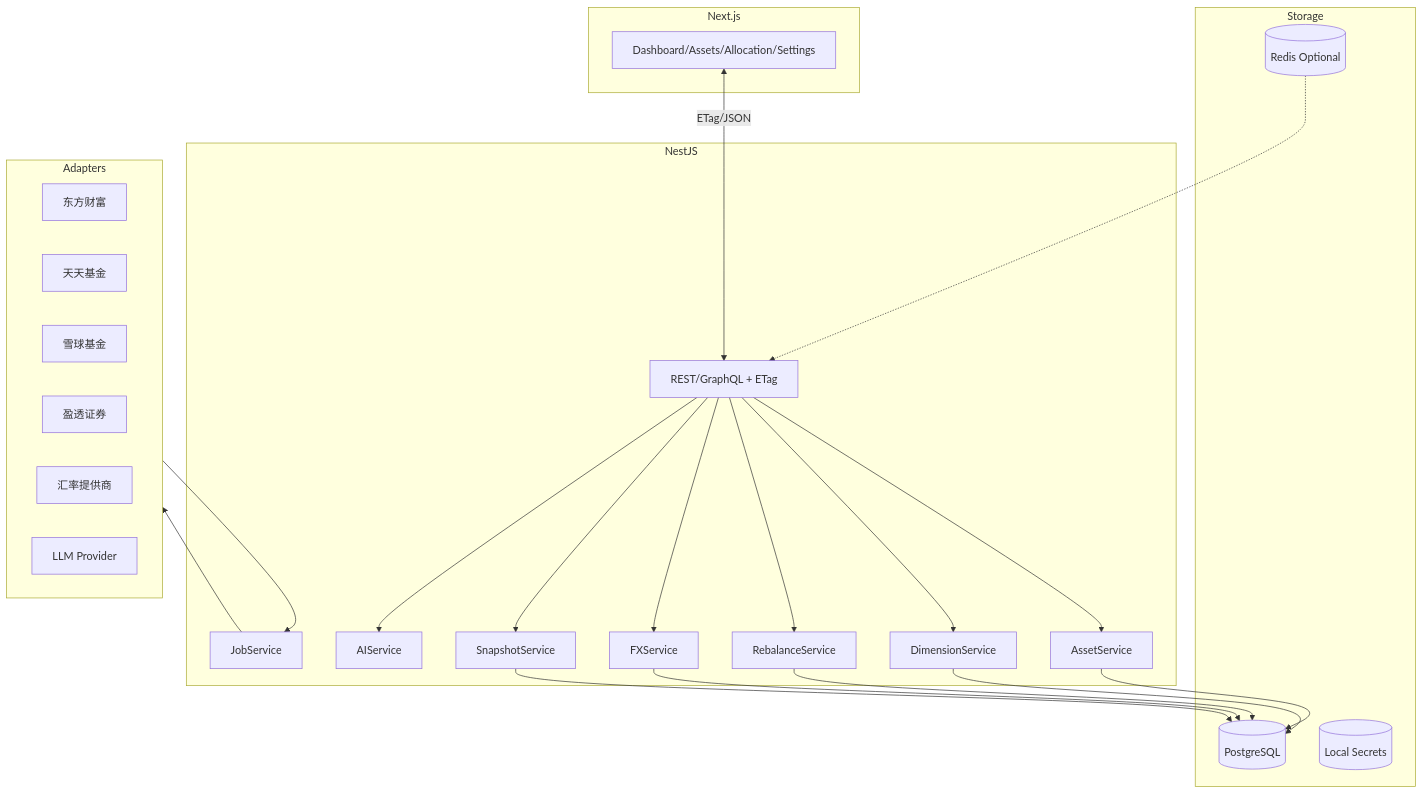
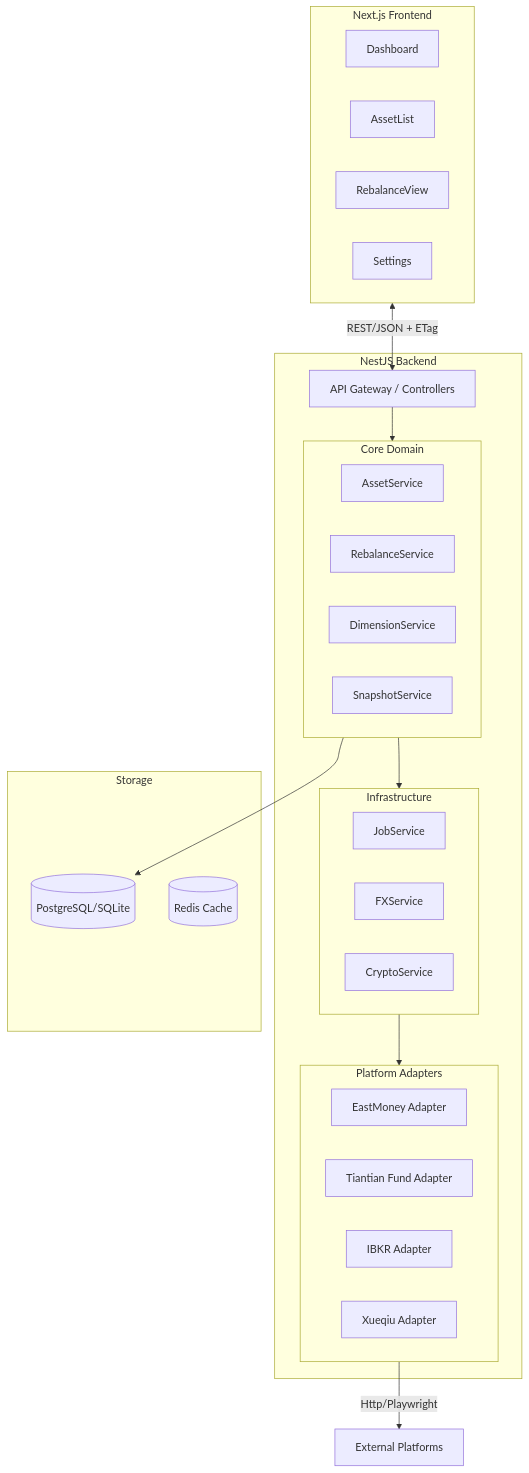
Before and after one commit to LJJimChen/cola-finance: the diagram in doc/design.md, drawn with Mermaid. The commit also changed other lines of this file, not shown here.

First line of the commit message:
docs(design): update technical architecture and detailed design document

````diff
--- a/doc/design.md
+++ b/doc/design.md
@@ -21,39 +24,45 @@
 ```mermaid
 flowchart TB
-  subgraph Web[Next.js]
-    UI[Dashboard/Assets/Allocation/Settings]
+  subgraph Client [Next.js Frontend]
+    Dashboard
+    AssetList
+    RebalanceView
+    Settings
   end
-  subgraph API[NestJS]
-    GW[REST/GraphQL + ETag]
-    SvcAsset[AssetService]
-    SvcDim[DimensionService]
-    SvcReb[RebalanceService]
-    SvcFX[FXService]
-    SvcSnap[SnapshotService]
-    SvcJob[JobService]
-    SvcAI[AIService]
+
+  subgraph Server [NestJS Backend]
+    API[API Gateway / Controllers]
+    
+    subgraph CoreServices [Core Domain]
+      AssetSvc[AssetService]
+      RebalanceSvc[RebalanceService]
+      DimensionSvc[DimensionService]
+      SnapshotSvc[SnapshotService]
+    end
+
+    subgraph InfraServices [Infrastructure]
+      JobSvc[JobService]
+      FXSvc[FXService]
+      CryptoSvc[CryptoService]
+    end
+
+    subgraph Adapters [Platform Adapters]
+      EastMoney[EastMoney Adapter]
+      TTF[Tiantian Fund Adapter]
+      IBKR[IBKR Adapter]
+      Xueqiu[Xueqiu Adapter]
+    end
   end
-  subgraph Data[Storage]
-    DB[(PostgreSQL)]
-    Cache[(Redis Optional)]
-    Secret[(Local Secrets)]
+
+  subgraph Data [Storage]
+    DB[(PostgreSQL/SQLite)]
+    Redis[(Redis Cache)]
   end
-  subgraph Providers[Adapters]
-    P_East[东方财富]
-    P_TTF[天天基金]
-    P_XQ[雪球基金]
-    P_IBKR[盈透证券]
-    FXP[汇率提供商]
-    LLM[LLM Provider]
-  end
-  UI <-->|ETag/JSON| GW
-  GW --> SvcAsset & SvcDim & SvcReb & SvcFX & SvcSnap & SvcAI
-  SvcAsset --> DB
-  SvcDim --> DB
-  SvcReb --> DB
-  SvcFX --> DB
-  SvcSnap --> DB
-  SvcJob --> Providers
-  Providers --> SvcJob
-  Cache -.-> GW
+
+  Client <-->|REST/JSON + ETag| API
+  API --> CoreServices
+  CoreServices --> InfraServices
+  InfraServices --> Adapters
+  Adapters -->|Http/Playwright| External[External Platforms]
+  CoreServices --> DB
 ```
````
